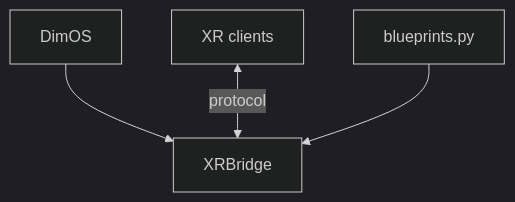
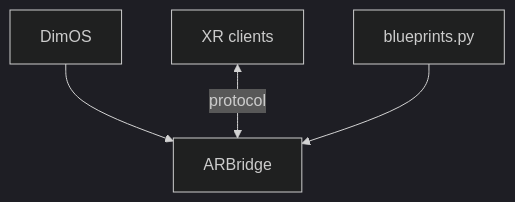
Before and after one commit to V4C38/spectacles-dimensional-os: the third of 3 diagrams in README.md, drawn with Mermaid (dark theme). The commit also changed other lines of this file and 112 other files, not shown here.

````diff
--- a/README.md
+++ b/README.md
@@ -152,6 +152,6 @@
 ```mermaid
 flowchart TB
-  DimOS[DimOS] --> Bridge[XRBridge]
+  DimOS[DimOS] --> Bridge[ARBridge]
   Clients[XR clients] <-->|protocol| Bridge
   Blueprint[blueprints.py] --> Bridge
 ```
````
